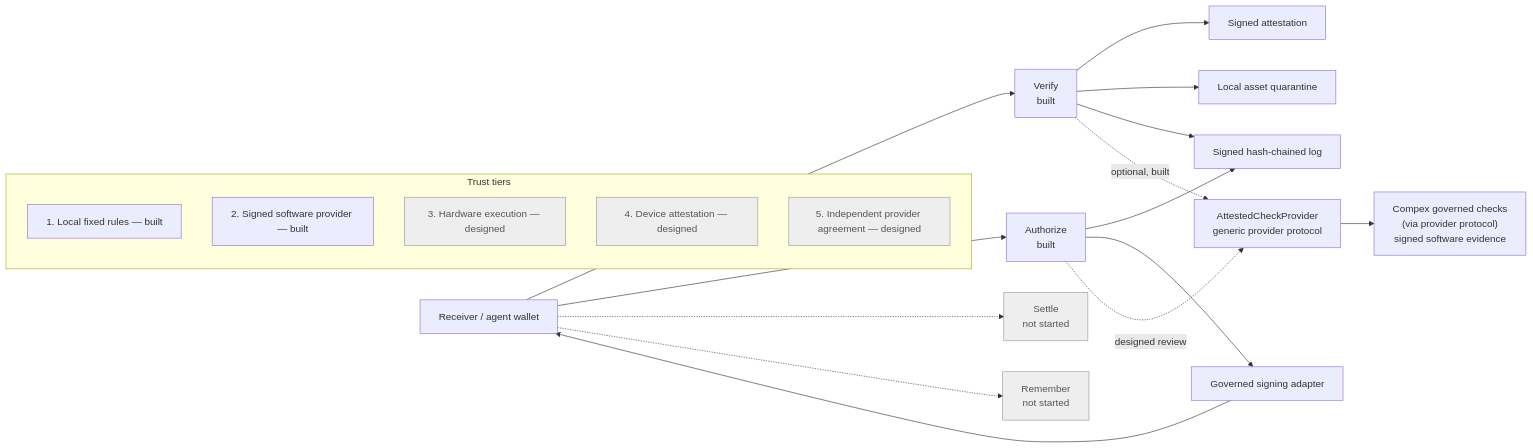
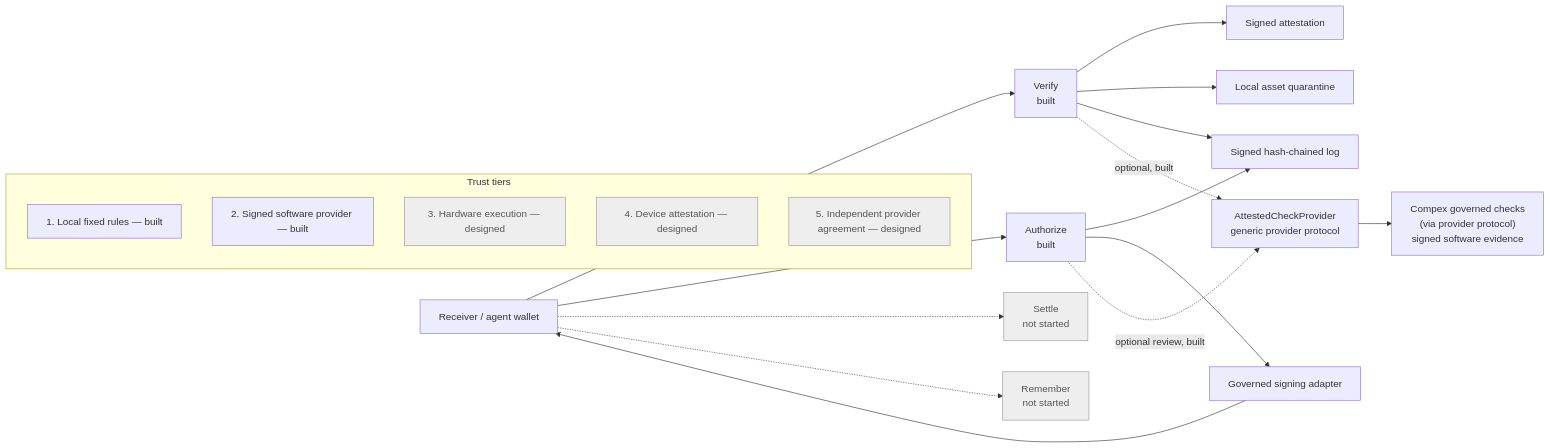
One commit to AmirMFarhang/Sealwatch changed the first of 3 diagrams in README.md. Above: the diagram before and after it, drawn with Mermaid. The commit also changed other lines of this file, not shown here.

Commit message:
Align architecture and folding prose with verified agent review integration

````diff
--- a/README.md
+++ b/README.md
@@ -55,26 +55,26 @@
 ```mermaid
 flowchart LR
     W["Receiver / agent wallet"] --> V["Verify<br/>built"]
     W --> A["Authorize<br/>built"]
     V --> R["Signed attestation"]
     V --> Q["Local asset quarantine"]
     V --> L["Signed hash-chained log"]
     A --> L
     A --> S["Governed signing adapter"]
     S --> W
     W -.-> E["Settle<br/>not started"]
     W -.-> H["Remember<br/>not started"]
     V -. "optional, built" .-> I["AttestedCheckProvider<br/>generic provider protocol"]
-    A -. "designed review" .-> I
+    A -. "optional review, built" .-> I
     I --> P["Compex governed checks<br/>(via provider protocol)<br/>signed software evidence"]
     subgraph T["Trust tiers"]
       T1["1. Local fixed rules — built"]
       T2["2. Signed software provider — built"]
       T3["3. Hardware execution — designed"]
       T4["4. Device attestation — designed"]
       T5["5. Independent provider agreement — designed"]
     end
     classDef future fill:#eeeeee,color:#555555,stroke:#999999
     class E,H,T3,T4,T5 future
     click P "https://getcompex.com" "Available provider"
 ```
````
